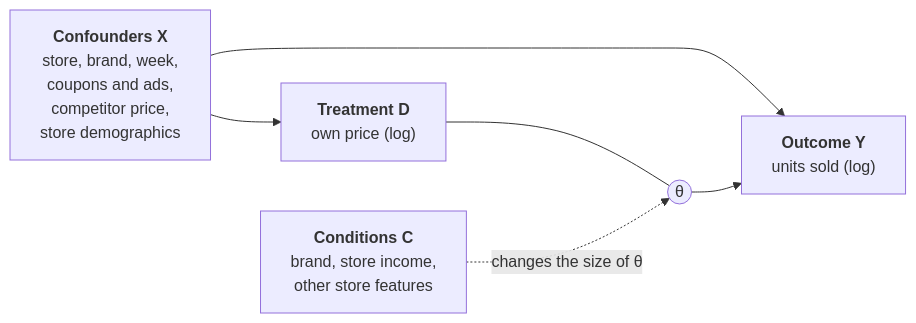
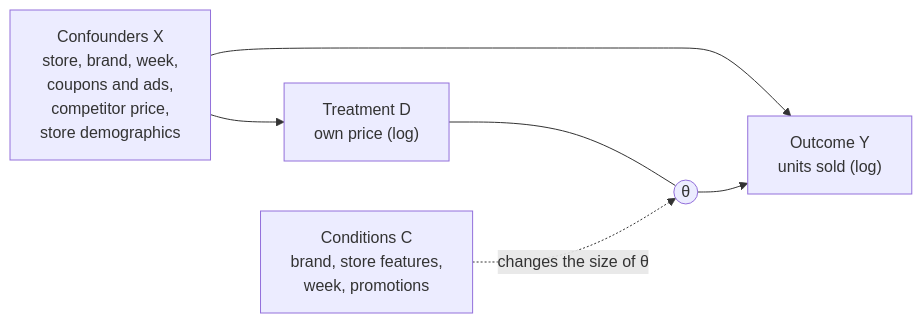
The diagram in README.md (natsumisugimoto817/dml_orange_juice), drawn with Mermaid before and after one commit. The commit also changed other lines of this file and 6 other files, not shown here.

````diff
--- a/README.md
+++ b/README.md
@@ -14,13 +16,13 @@
 ```mermaid
 flowchart LR
-    X["<b>Confounders X</b><br/>store, brand, week,<br/>coupons and ads,<br/>competitor price,<br/>store demographics"]
-    D["<b>Treatment D</b><br/>own price (log)"]
+    X["Confounders X<br/>store, brand, week,<br/>coupons and ads,<br/>competitor price,<br/>store demographics"]
+    D["Treatment D<br/>own price (log)"]
     E(("θ"))
-    Y["<b>Outcome Y</b><br/>units sold (log)"]
-    C["<b>Conditions C</b><br/>brand, store income,<br/>other store features"]
+    Y["Outcome Y<br/>units sold (log)"]
+    C["Conditions C<br/>brand, store features,<br/>week, promotions"]
 
     X --> D
     X --> Y
     D --- E --> Y
     C -. "changes the size of θ" .-> E
 ```
````
